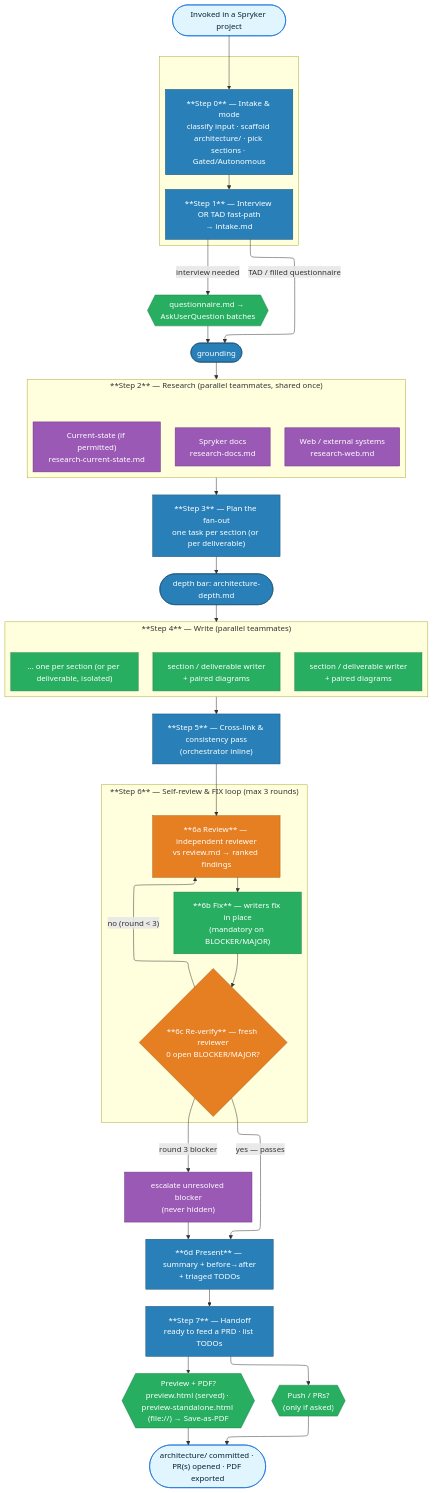
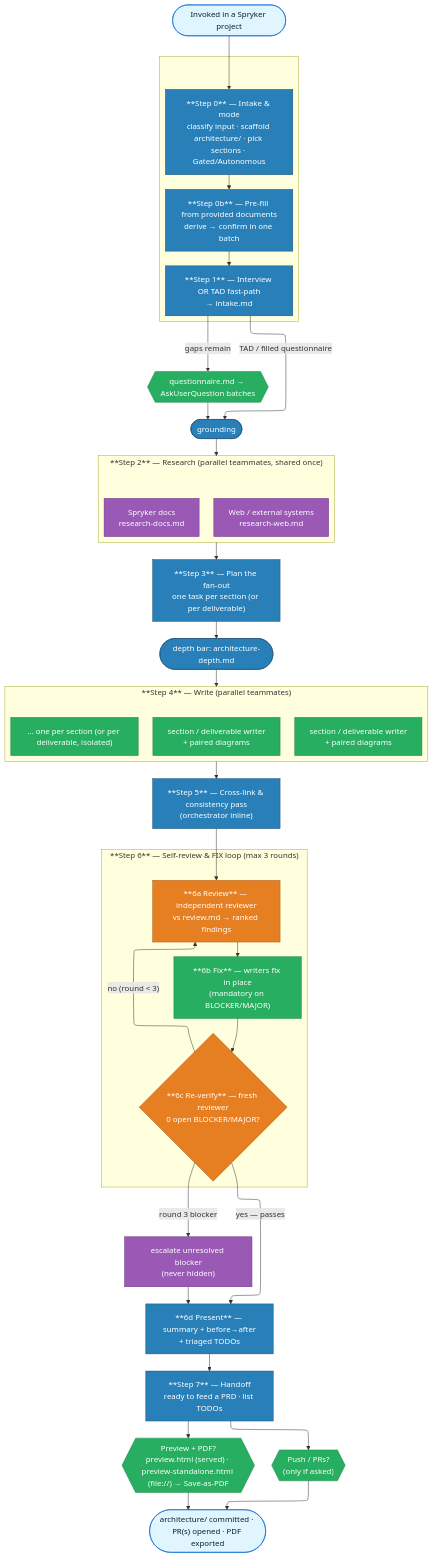
Before and after one commit to spryker-sdk/ai-dev: the diagram in plugins/spryker-architecture/skills/architecture-prep/README.md, drawn with Mermaid. The commit also changed other lines of this file and 9 other files, not shown here.

First line of the commit message:
Rework architecture-prep intake and add document pre-fill

````diff
--- a/plugins/spryker-architecture/skills/architecture-prep/README.md
+++ b/plugins/spryker-architecture/skills/architecture-prep/README.md
@@ -32,65 +34,65 @@
 ```mermaid
 ---
 config:
   layout: elk
 ---
 flowchart TD
     Start([Invoked in a Spryker project]):::user --> S0
 
     subgraph Intake[" "]
       S0["**Step 0** — Intake &amp; mode<br/>classify input · scaffold architecture/ · pick sections · Gated/Autonomous"]:::backend
+      S0b["**Step 0b** — Pre-fill from provided documents<br/>derive → confirm in one batch"]:::backend
       S1["**Step 1** — Interview OR TAD fast-path<br/>→ intake.md"]:::backend
     end
 
-    S0 --> S1
+    S0 --> S0b --> S1
 
     S1 -->|"TAD / filled questionnaire"| S2
-    S1 -->|"interview needed"| Q{{"questionnaire.md → AskUserQuestion batches"}}:::web
+    S1 -->|"gaps remain"| Q{{"questionnaire.md → AskUserQuestion batches"}}:::web
     Q --> S2
 
     subgraph Research["**Step 2** — Research (parallel teammates, shared once)"]
       R1["Spryker docs<br/>research-docs.md"]:::storage
       R2["Web / external systems<br/>research-web.md"]:::storage
-      R3["Current-state (if permitted)<br/>research-current-state.md"]:::storage
     end
     S2([grounding]):::backend --> Research
 
     Research --> S3["**Step 3** — Plan the fan-out<br/>one task per section (or per deliverable)"]:::backend
 
     S3 --> S4
     subgraph Write["**Step 4** — Write (parallel teammates)"]
       W1["section / deliverable writer<br/>+ paired diagrams"]:::web
       W2["section / deliverable writer<br/>+ paired diagrams"]:::web
       W3["… one per section (or per deliverable, isolated)"]:::web
     end
     S4(["depth bar: architecture-depth.md"]):::backend --> Write
 
     Write --> S5["**Step 5** — Cross-link &amp; consistency pass<br/>(orchestrator inline)"]:::backend
 
     S5 --> S6a
 
     subgraph Loop["**Step 6** — Self-review &amp; FIX loop (max 3 rounds)"]
       direction TB
       S6a["**6a Review** — independent reviewer<br/>vs review.md → ranked findings"]:::external
       S6b["**6b Fix** — writers fix in place<br/>(mandatory on BLOCKER/MAJOR)"]:::web
       S6c{"**6c Re-verify** — fresh reviewer<br/>0 open BLOCKER/MAJOR?"}:::external
       S6a --> S6b --> S6c
       S6c -->|"no (round &lt; 3)"| S6a
     end
 
     S6c -->|"yes — passes"| S6d["**6d Present** — summary + before→after<br/>+ triaged TODOs"]:::backend
     S6c -->|"round 3 blocker"| Esc["escalate unresolved blocker<br/>(never hidden)"]:::storage
     Esc --> S6d
 
     S6d --> S7["**Step 7** — Handoff<br/>ready to feed a PRD · list TODOs"]:::backend
     S7 --> Prev{{"Preview + PDF?<br/>preview.html (served) · preview-standalone.html (file://) → Save-as-PDF"}}:::web
     S7 --> Push{{"Push / PRs?<br/>(only if asked)"}}:::web
     Prev --> Done
     Push --> Done(["architecture/ committed · PR(s) opened · PDF exported"]):::user
 
     classDef user fill:#e1f5ff,stroke:#0366d6,color:#023;
     classDef backend fill:#2980B9,stroke:#1B4F72,color:#fff;
     classDef web fill:#27AE60,stroke:#1D8348,color:#fff;
     classDef storage fill:#9B59B6,stroke:#6C3483,color:#fff;
     classDef external fill:#E67E22,stroke:#AF601A,color:#fff;
 ```
````
